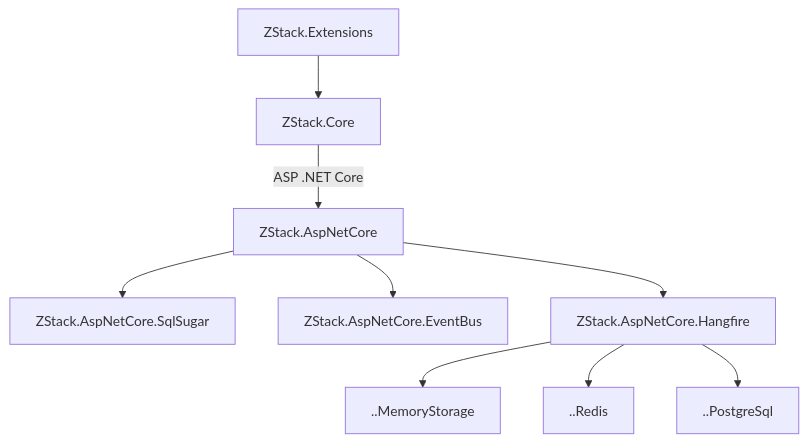
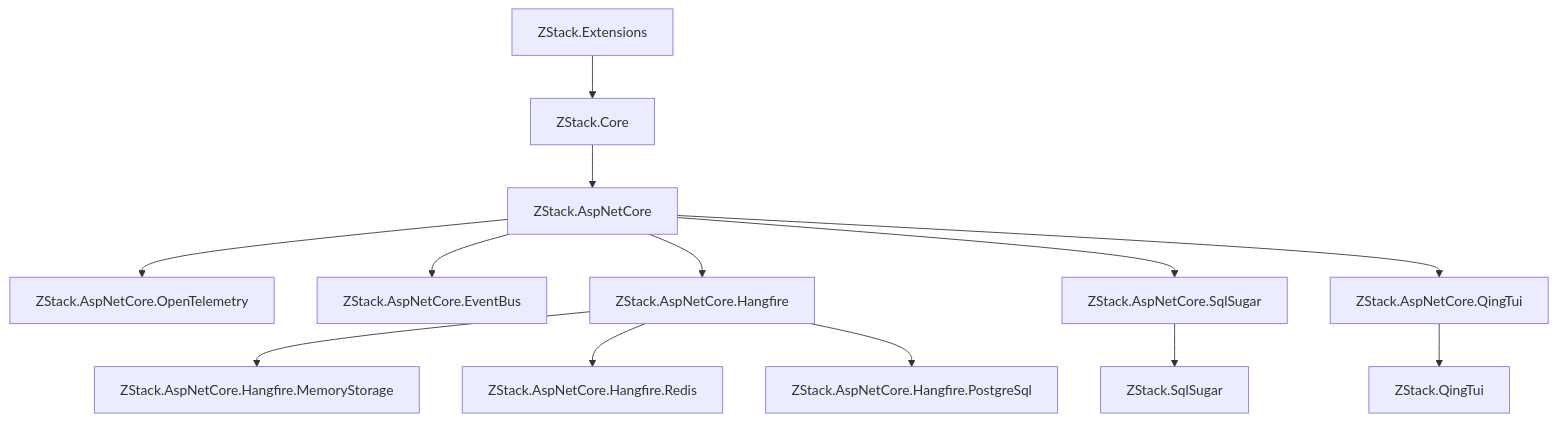
One commit to zuozishi/ZStack.Framework changed the diagram in README.md. Above: the diagram before and after it, drawn with Mermaid. The commit also changed other lines of this file and 16 other files, not shown here.

````diff
--- a/README.md
+++ b/README.md
@@ -92,11 +11,15 @@
 ```mermaid
 graph TD;
     ZStack.Extensions --> ZStack.Core;
-    ZStack.Core --ASP .NET Core--> ZStack.AspNetCore;
-    ZStack.AspNetCore --> ZStack.AspNetCore.SqlSugar;
+    ZStack.Core --> ZStack.AspNetCore;
+    ZStack.AspNetCore --> ZStack.AspNetCore.OpenTelemetry;
     ZStack.AspNetCore --> ZStack.AspNetCore.EventBus;
     ZStack.AspNetCore --> ZStack.AspNetCore.Hangfire;
-    ZStack.AspNetCore.Hangfire --> ..MemoryStorage;
-    ZStack.AspNetCore.Hangfire --> ..Redis;
-    ZStack.AspNetCore.Hangfire --> ..PostgreSql;
+    ZStack.AspNetCore.Hangfire --> ZStack.AspNetCore.Hangfire.MemoryStorage;
+    ZStack.AspNetCore.Hangfire --> ZStack.AspNetCore.Hangfire.Redis;
+    ZStack.AspNetCore.Hangfire --> ZStack.AspNetCore.Hangfire.PostgreSql;
+    ZStack.AspNetCore --> ZStack.AspNetCore.SqlSugar;
+    ZStack.AspNetCore.SqlSugar --> ZStack.SqlSugar;
+    ZStack.AspNetCore --> ZStack.AspNetCore.QingTui;
+    ZStack.AspNetCore.QingTui --> ZStack.QingTui;
 ```
````
